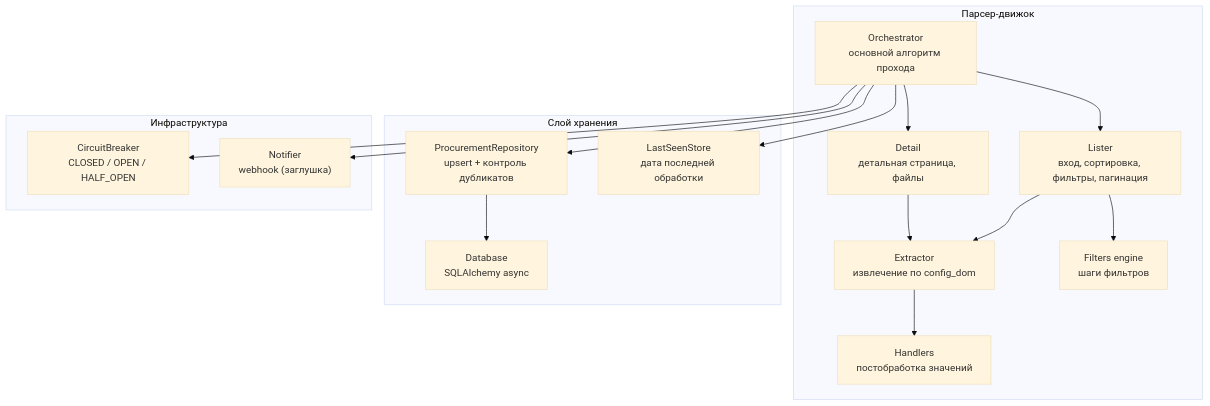
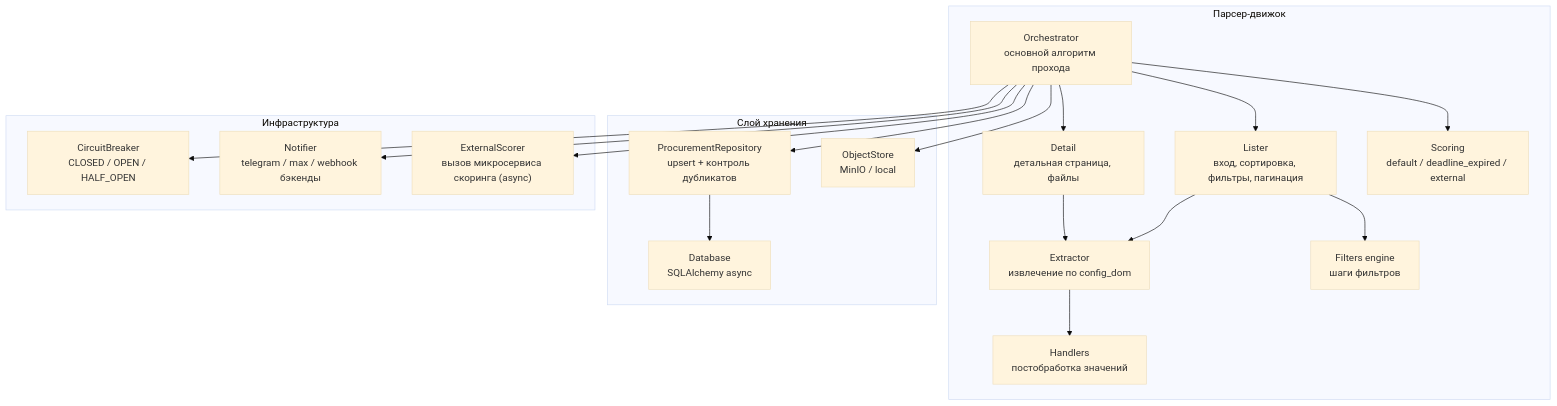
Before and after one commit to igorvolk1961/zakupki_parser: the diagram in docs/c4/component.md, drawn with Mermaid (base theme). The commit also changed other lines of this file and 8 other files, not shown here.

````diff
--- a/docs/c4/component.md
+++ b/docs/c4/component.md
@@ -5,34 +5,38 @@
 ```mermaid
 flowchart TB
     subgraph Engine["Парсер-движок"]
         ORC["Orchestrator<br/>основной алгоритм прохода"]
         LST["Lister<br/>вход, сортировка, фильтры, пагинация"]
         EXT["Extractor<br/>извлечение по config_dom"]
         DET["Detail<br/>детальная страница, файлы"]
         FLT["Filters engine<br/>шаги фильтров"]
         HND["Handlers<br/>постобработка значений"]
+        SCD["Scoring<br/>default / deadline_expired / external"]
     end
 
     subgraph Store["Слой хранения"]
         REPO["ProcurementRepository<br/>upsert + контроль дубликатов"]
         DB["Database<br/>SQLAlchemy async"]
-        LS["LastSeenStore<br/>дата последней обработки"]
+        OOS["ObjectStore<br/>MinIO / local"]
     end
 
     subgraph Infra["Инфраструктура"]
         CB["CircuitBreaker<br/>CLOSED / OPEN / HALF_OPEN"]
-        NOT["Notifier<br/>webhook (заглушка)"]
+        NOT["Notifier<br/>telegram / max / webhook бэкенды"]
+        ESC["ExternalScorer<br/>вызов микросервиса скоринга (async)"]
     end
 
     ORC --> LST
     LST --> FLT
     LST --> EXT
     ORC --> DET
     DET --> EXT
     EXT --> HND
+    ORC --> SCD
     ORC --> REPO
     REPO --> DB
-    ORC --> LS
+    ORC --> OOS
+    ORC --> ESC
     ORC --> CB
     ORC --> NOT
 ```
````
